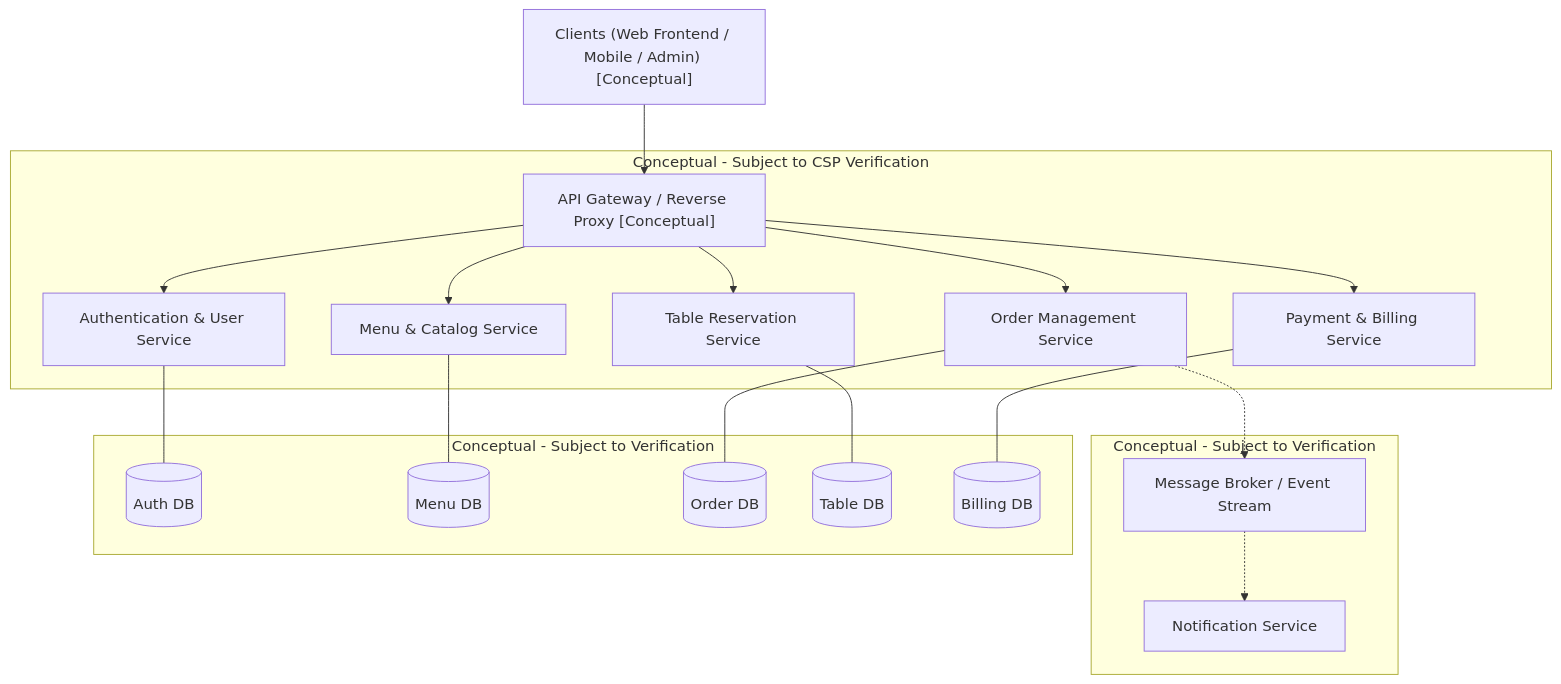
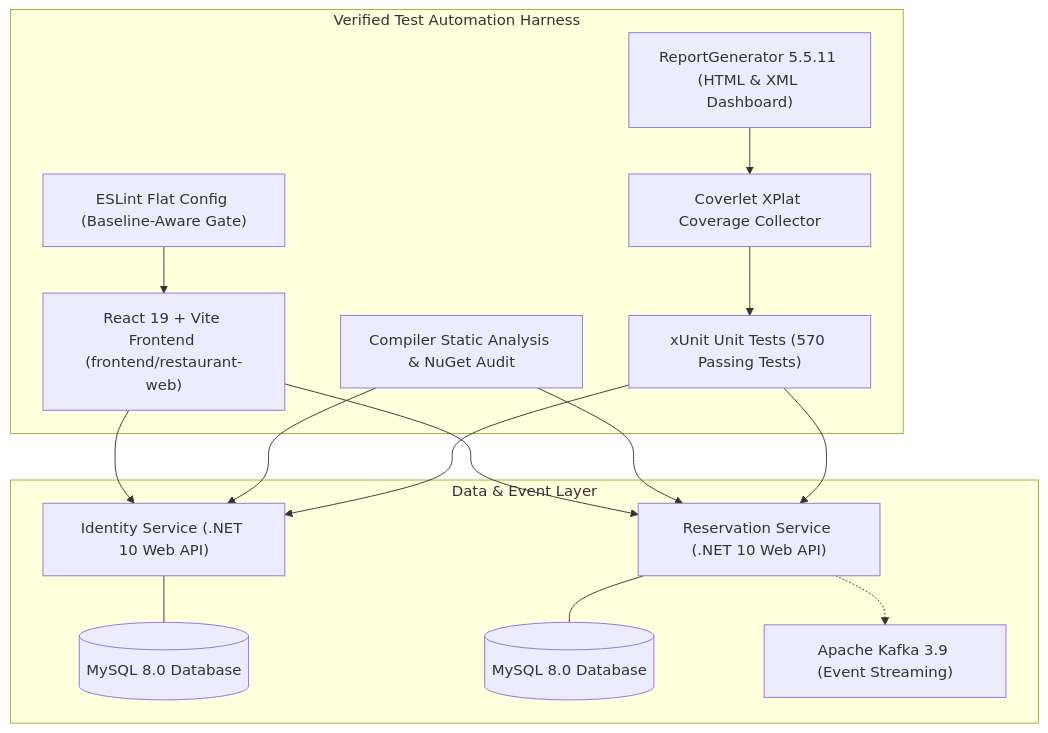
Before and after one commit to Smart-Restaurant-Management-System1/Cinnamon-Bistro-SE3112-Test-Automation: the first of 2 diagrams in docs/architecture.md, drawn with Mermaid. The commit also changed other lines of this file and 12 other files, not shown here.

````diff
--- a/docs/architecture.md
+++ b/docs/architecture.md
@@ -19,25 +18,21 @@
 ```mermaid
 flowchart TD
-    Client["Clients (Web Frontend / Mobile / Admin) [Conceptual]"] --> Gateway["API Gateway / Reverse Proxy [Conceptual]"]
+    Client["React 19 + Vite Frontend (frontend/restaurant-web)"] --> SvcAuth["Identity Service (.NET 10 Web API)"]
+    Client --> SvcRes["Reservation Service (.NET 10 Web API)"]
     
-    subgraph Core Services [Conceptual - Subject to CSP Verification]
-        Gateway --> Auth["Authentication & User Service"]
-        Gateway --> Menu["Menu & Catalog Service"]
-        Gateway --> Order["Order Management Service"]
-        Gateway --> Table["Table Reservation Service"]
-        Gateway --> Billing["Payment & Billing Service"]
+    subgraph Data & Event Layer
+        SvcAuth --- DBAuth[("MySQL 8.0 Database")]
+        SvcRes --- DBRes[("MySQL 8.0 Database")]
+        SvcRes -.-> Kafka["Apache Kafka 3.9 (Event Streaming)"]
     end
 
-    subgraph Asynchronous Infrastructure [Conceptual - Subject to Verification]
-        Order -.-> Broker["Message Broker / Event Stream"]
-        Broker -.-> Notification["Notification Service"]
-    end
-
-    subgraph Data Layer [Conceptual - Subject to Verification]
-        Auth --- AuthDB[("Auth DB")]
-        Menu --- MenuDB[("Menu DB")]
-        Order --- OrderDB[("Order DB")]
-        Table --- TableDB[("Table DB")]
-        Billing --- BillingDB[("Billing DB")]
+    subgraph Verified Test Automation Harness
+        ESLint["ESLint Flat Config (Baseline-Aware Gate)"] --> Client
+        Dotnet["Compiler Static Analysis & NuGet Audit"] --> SvcAuth
+        Dotnet --> SvcRes
+        UnitTests["xUnit Unit Tests (570 Passing Tests)"] --> SvcAuth
+        UnitTests --> SvcRes
+        Coverlet["Coverlet XPlat Coverage Collector"] --> UnitTests
+        ReportGen["ReportGenerator 5.5.11 (HTML & XML Dashboard)"] --> Coverlet
     end
 ```
````
